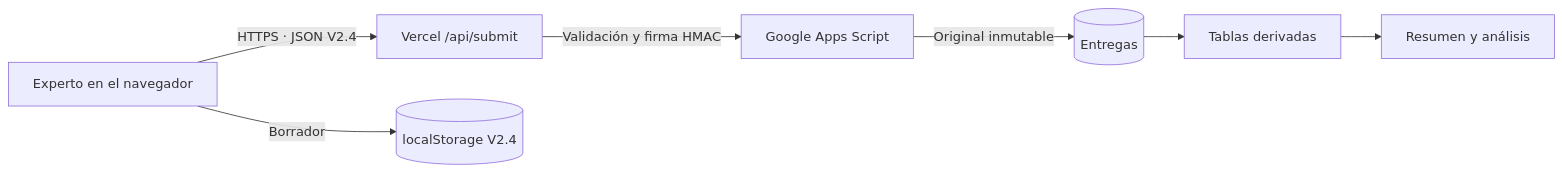
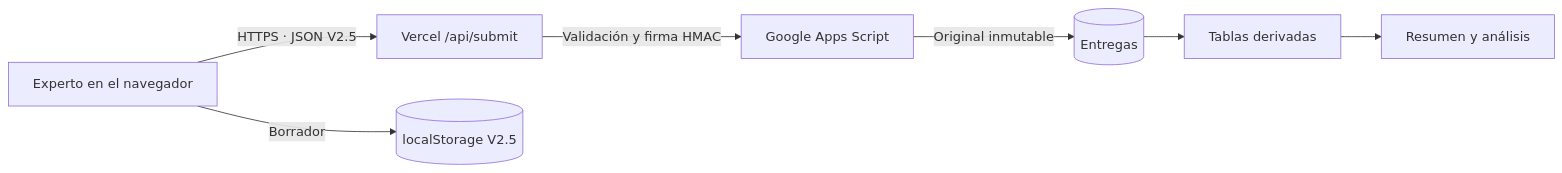
Before and after one commit to goncazasa/diagnostico-startup: the diagram in docs/ARQUITECTURA-Y-OPERACION.md, drawn with Mermaid. The commit also changed other lines of this file and 26 other files, not shown here.

````diff
--- a/docs/ARQUITECTURA-Y-OPERACION.md
+++ b/docs/ARQUITECTURA-Y-OPERACION.md
@@ -5,9 +5,9 @@
 ```mermaid
 flowchart LR
-    E[Experto en el navegador] -->|HTTPS · JSON V2.4| V[Vercel /api/submit]
+    E[Experto en el navegador] -->|HTTPS · JSON V2.5| V[Vercel /api/submit]
     V -->|Validación y firma HMAC| G[Google Apps Script]
     G -->|Original inmutable| A[(Entregas)]
     A --> R[Tablas derivadas]
     R --> S[Resumen y análisis]
-    E -->|Borrador| L[(localStorage V2.4)]
+    E -->|Borrador| L[(localStorage V2.5)]
 ```
````
